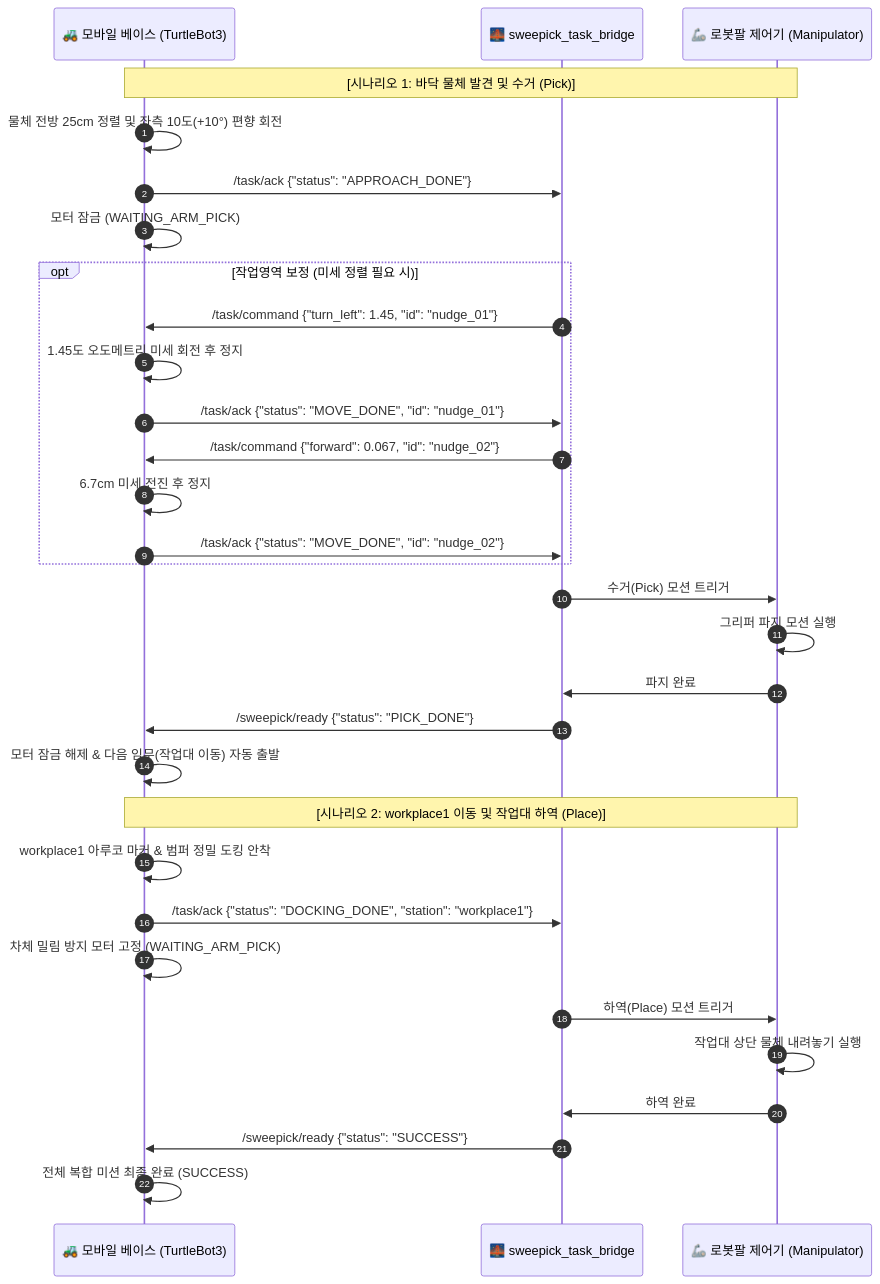
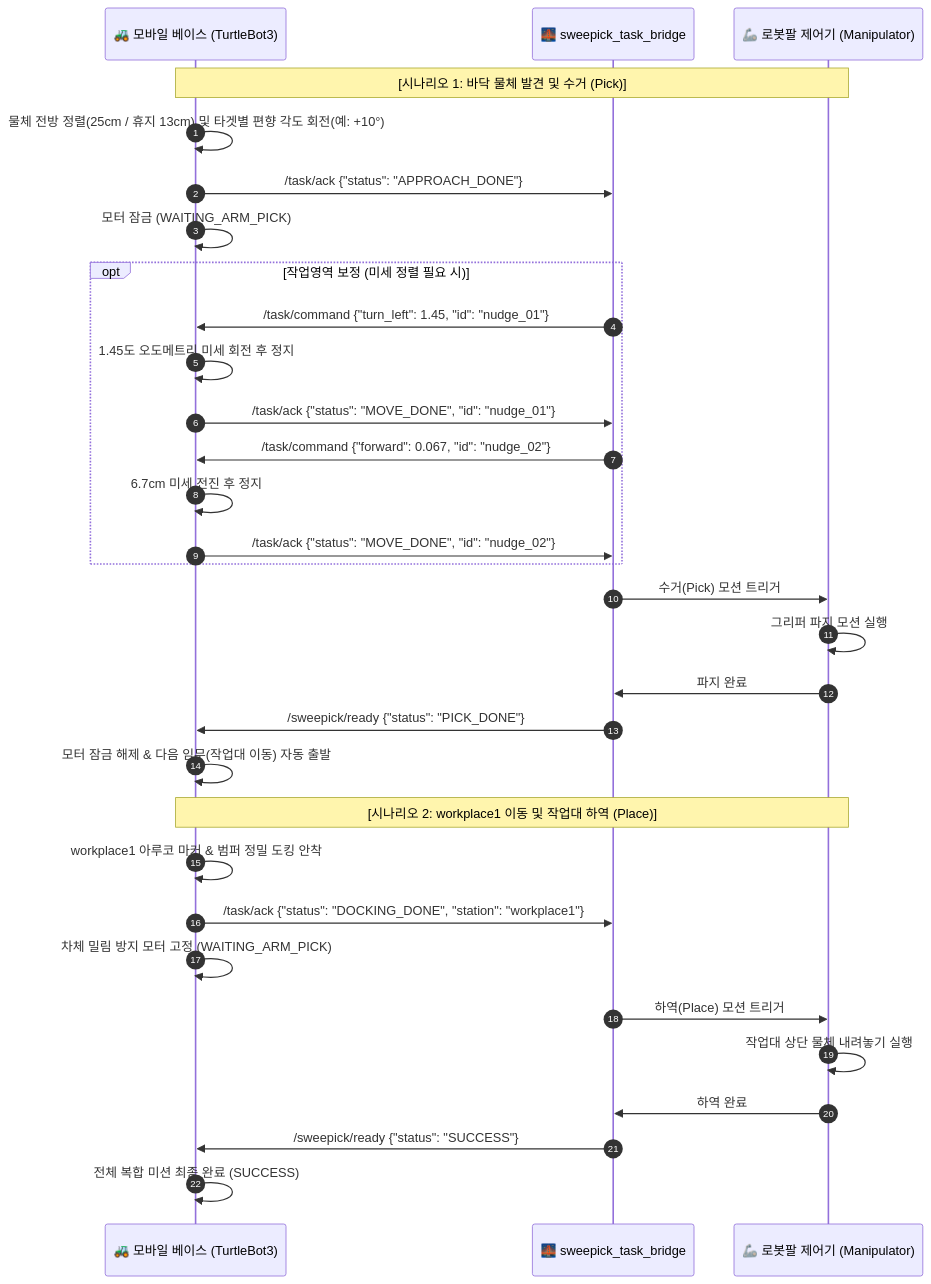
Before and after one commit to shouttt1320/Dapier_project_visaul_slam: the diagram in docs/mobile_manipulation_cooperative_protocol.md, drawn with Mermaid. The commit also changed other lines of this file and 7 other files, not shown here.

````diff
--- a/docs/mobile_manipulation_cooperative_protocol.md
+++ b/docs/mobile_manipulation_cooperative_protocol.md
@@ -11,37 +11,37 @@
 ```mermaid
 sequenceDiagram
     autonumber
     participant Base as 🚜 모바일 베이스 (TurtleBot3)
     participant Bridge as 🌉 sweepick_task_bridge
     participant Arm as 🦾 로봇팔 제어기 (Manipulator)
 
     Note over Base,Arm: [시나리오 1: 바닥 물체 발견 및 수거 (Pick)]
-    Base->>Base: 물체 전방 25cm 정렬 및 좌측 10도(+10°) 편향 회전
+    Base->>Base: 물체 전방 정렬(25cm / 휴지 13cm) 및 타겟별 편향 각도 회전(예: +10°)
     Base->>Bridge: /task/ack {"status": "APPROACH_DONE"}
     Base->>Base: 모터 잠금 (WAITING_ARM_PICK)
     
     opt 작업영역 보정 (미세 정렬 필요 시)
         Bridge->>Base: /task/command {"turn_left": 1.45, "id": "nudge_01"}
         Base->>Base: 1.45도 오도메트리 미세 회전 후 정지
         Base->>Bridge: /task/ack {"status": "MOVE_DONE", "id": "nudge_01"}
         Bridge->>Base: /task/command {"forward": 0.067, "id": "nudge_02"}
         Base->>Base: 6.7cm 미세 전진 후 정지
         Base->>Bridge: /task/ack {"status": "MOVE_DONE", "id": "nudge_02"}
     end
 
     Bridge->>Arm: 수거(Pick) 모션 트리거
     Arm->>Arm: 그리퍼 파지 모션 실행
     Arm->>Bridge: 파지 완료
     Bridge->>Base: /sweepick/ready {"status": "PICK_DONE"}
     Base->>Base: 모터 잠금 해제 & 다음 임무(작업대 이동) 자동 출발
 
     Note over Base,Arm: [시나리오 2: workplace1 이동 및 작업대 하역 (Place)]
     Base->>Base: workplace1 아루코 마커 & 범퍼 정밀 도킹 안착
     Base->>Bridge: /task/ack {"status": "DOCKING_DONE", "station": "workplace1"}
     Base->>Base: 차체 밀림 방지 모터 고정 (WAITING_ARM_PICK)
     Bridge->>Arm: 하역(Place) 모션 트리거
     Arm->>Arm: 작업대 상단 물체 내려놓기 실행
     Arm->>Bridge: 하역 완료
     Bridge->>Base: /sweepick/ready {"status": "SUCCESS"}
     Base->>Base: 전체 복합 미션 최종 완료 (SUCCESS)
 ```
````
